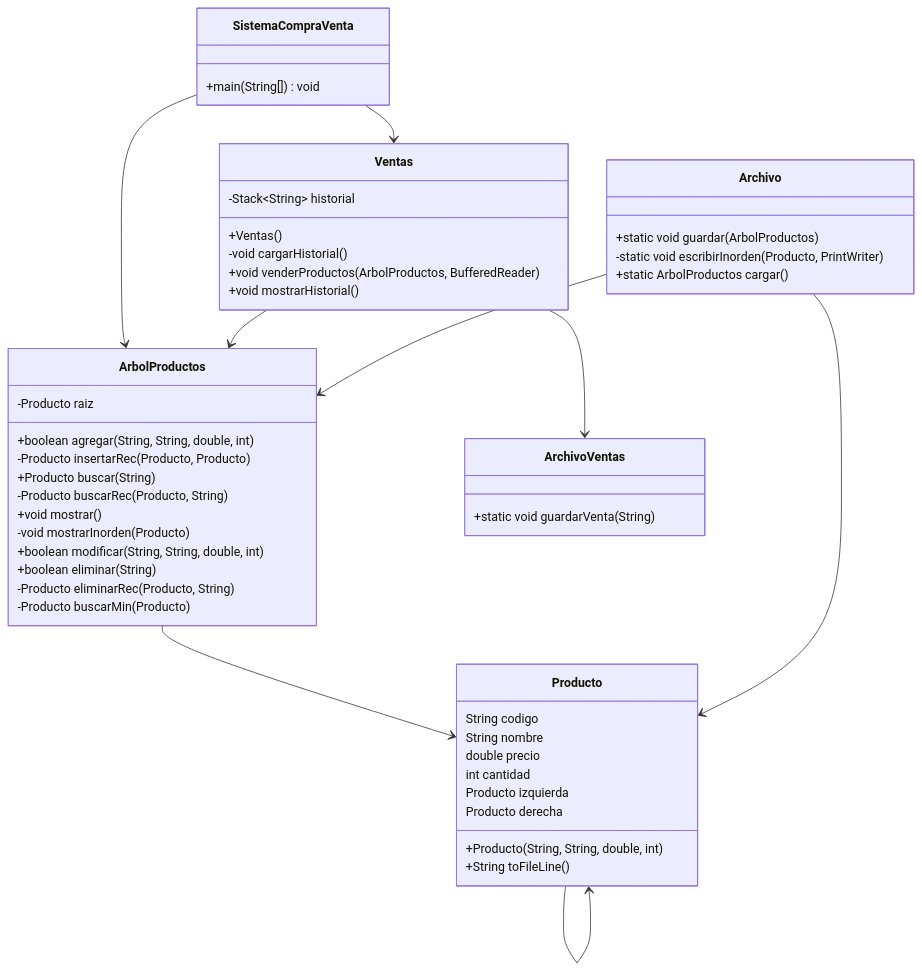
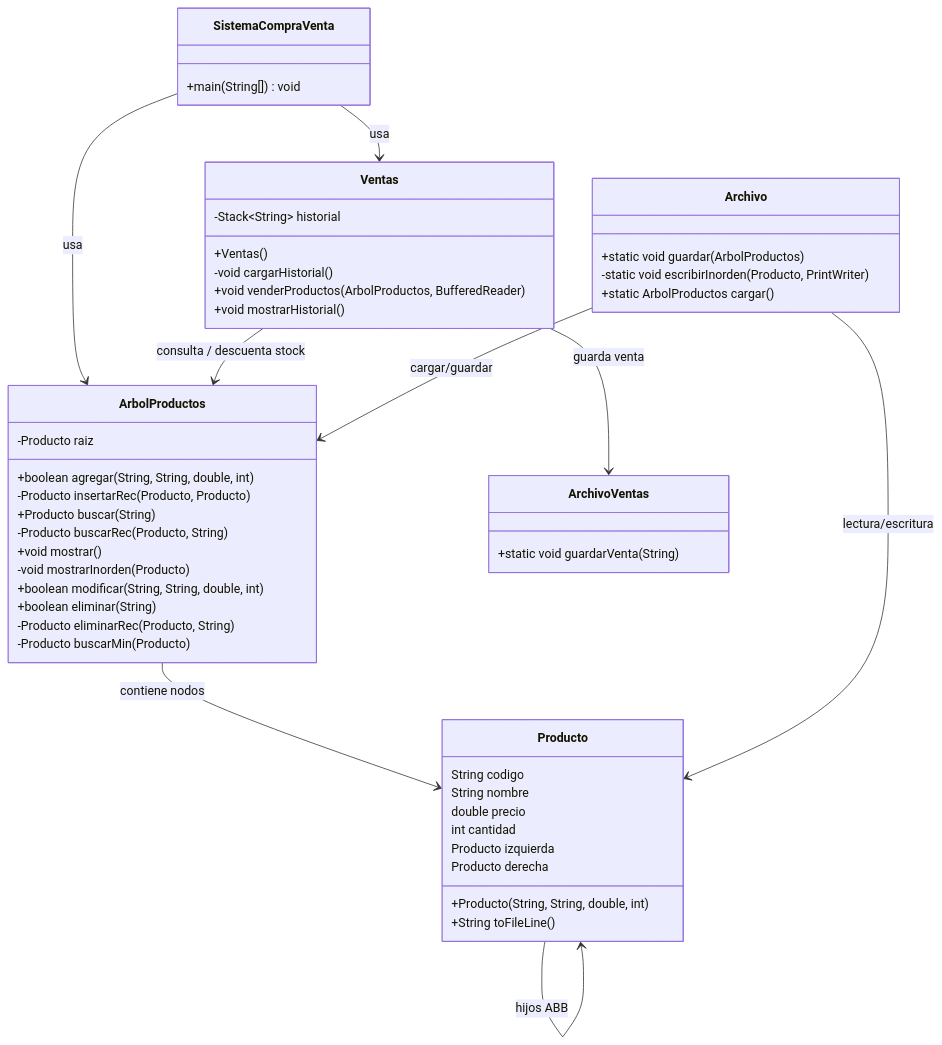
The diagram in uml.md (Pablitoclavounpalito/tienda-electro-192383), drawn with Mermaid before and after one commit.

Commit message:
Update uml.md
Diagrama UML

````diff
--- a/uml.md
+++ b/uml.md
@@ -1,60 +1,60 @@
-``` mermaid
+```mermaid
 classDiagram
     direction TB
 
     class SistemaCompraVenta {
         +main(String[]) void
     }
 
     class ArbolProductos {
         -Producto raiz
         +boolean agregar(String, String, double, int)
         -Producto insertarRec(Producto, Producto)
         +Producto buscar(String)
         -Producto buscarRec(Producto, String)
         +void mostrar()
         -void mostrarInorden(Producto)
         +boolean modificar(String, String, double, int)
         +boolean eliminar(String)
         -Producto eliminarRec(Producto, String)
         -Producto buscarMin(Producto)
     }
 
     class Producto {
         String codigo
         String nombre
         double precio
         int cantidad
         Producto izquierda
         Producto derecha
         +Producto(String, String, double, int)
         +String toFileLine()
     }
 
     class Ventas {
         -Stack~String~ historial
         +Ventas()
         -void cargarHistorial()
         +void venderProductos(ArbolProductos, BufferedReader)
         +void mostrarHistorial()
     }
 
     class Archivo {
         +static void guardar(ArbolProductos)
         -static void escribirInorden(Producto, PrintWriter)
         +static ArbolProductos cargar()
     }
 
     class ArchivoVentas {
         +static void guardarVenta(String)
     }
 
-    SistemaCompraVenta --> ArbolProductos
-    SistemaCompraVenta --> Ventas
-    ArbolProductos --> Producto
-    Ventas --> ArbolProductos
-    Ventas --> ArchivoVentas
-    Archivo --> ArbolProductos
-    Archivo --> Producto
-    Producto --> Producto
+    SistemaCompraVenta --> ArbolProductos : usa
+    SistemaCompraVenta --> Ventas : usa
+    ArbolProductos --> Producto : contiene nodos
+    Ventas --> ArbolProductos : consulta / descuenta stock
+    Ventas --> ArchivoVentas : guarda venta
+    Archivo --> ArbolProductos : cargar/guardar
+    Archivo --> Producto : lectura/escritura
+    Producto --> Producto : hijos ABB
 ```
````
